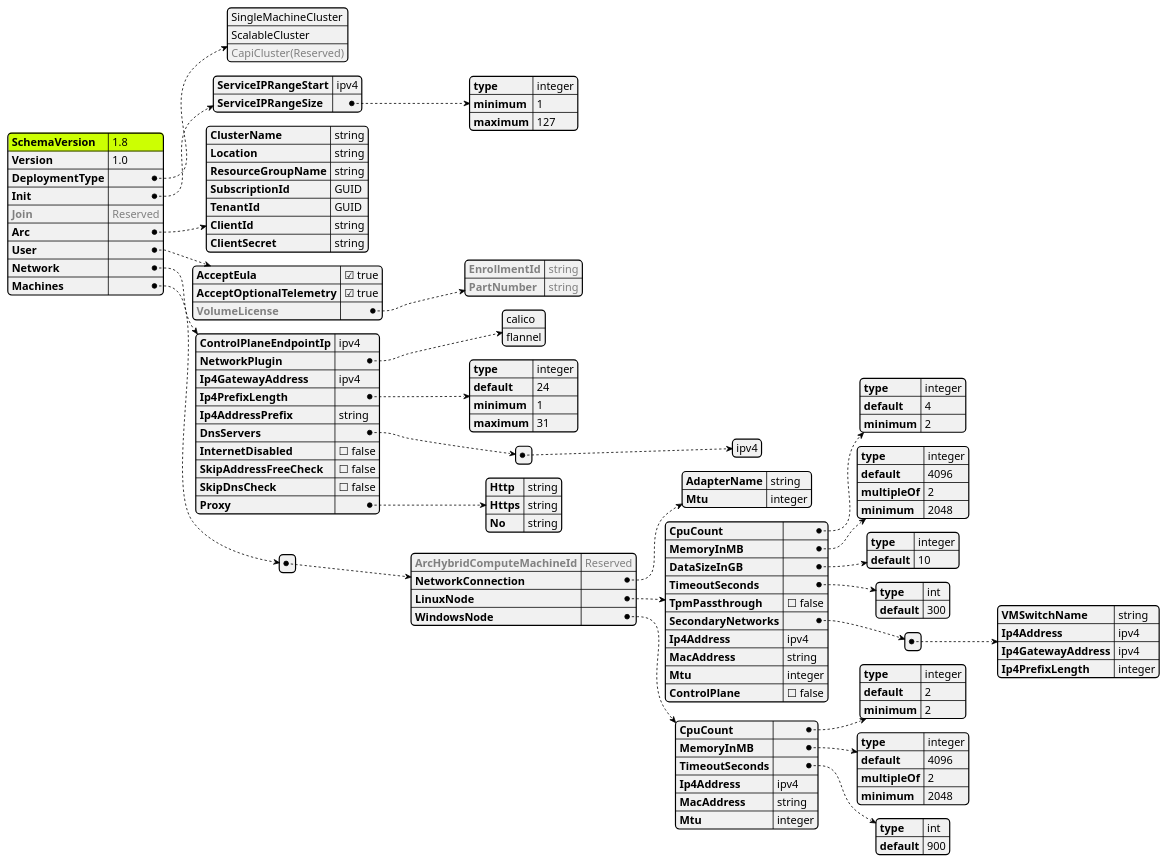
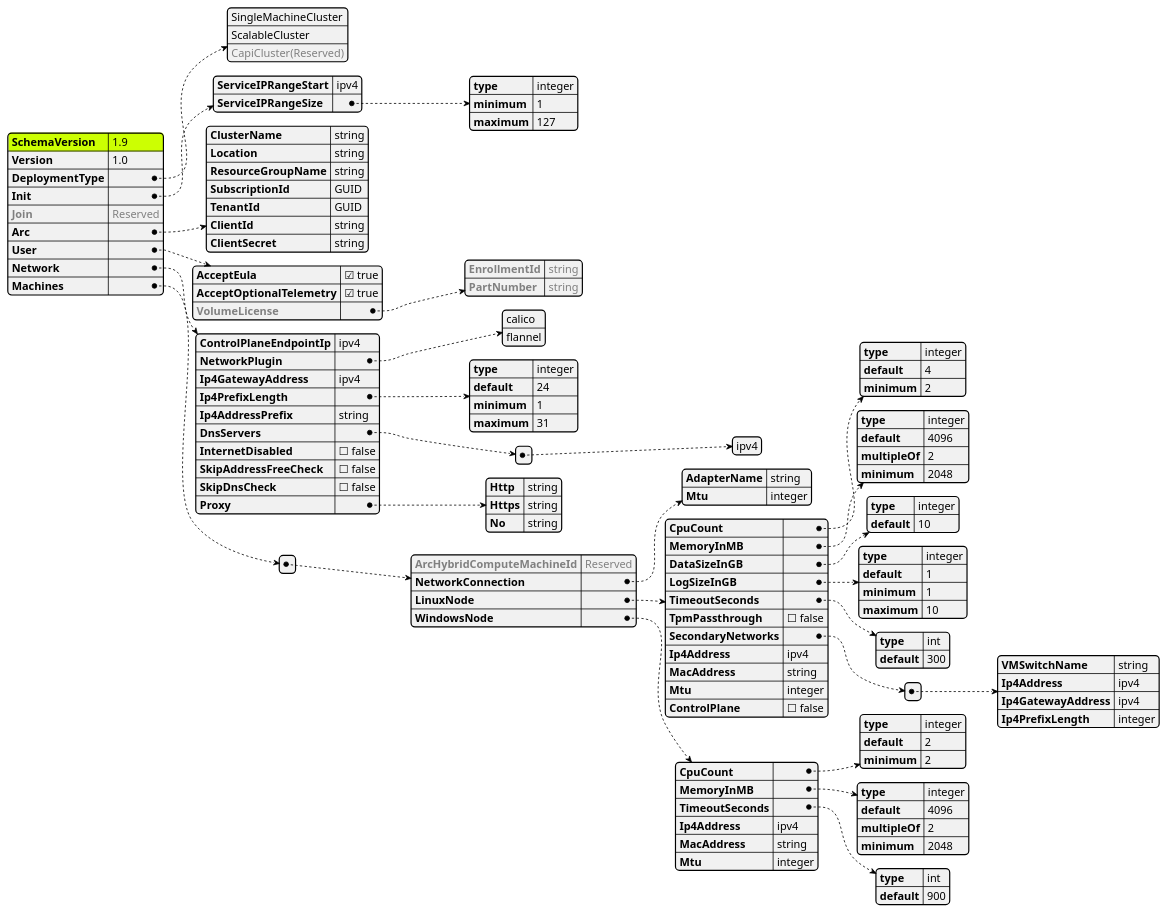
Before and after one commit to Azure/AKS-Edge: the diagram in tools/modules/AksEdgeDeploy/aksedge-dc.puml, drawn with PlantUML. The commit also changed 6 other files, not shown here.

First line of the commit message:
Updated the json schema version to 1.9 (#144)

```diff
--- a/tools/modules/AksEdgeDeploy/aksedge-dc.puml
+++ b/tools/modules/AksEdgeDeploy/aksedge-dc.puml
@@ -1,143 +1,149 @@
 @startjson AksEdgeSchema
 <style>
 jsonDiagram {
     node {
         FontSize 14
         RoundCorner 10
         LineThickness 0.5
         separator {
             LineThickness 0.25
         }
     }
     arrow {
         LineThickness 0.5
         LineStyle 2;6
     }
     highlight {
         BackgroundColor black
         FontColor White
     }
 }
 </style>
 #highlight "SchemaVersion"
 {
-    "SchemaVersion": "1.8",
+    "SchemaVersion": "1.9",
     "Version": "1.0",
     "DeploymentType": [
             "SingleMachineCluster",
             "ScalableCluster",
             "<color:gray>CapiCluster(Reserved)"
     ],
     "Init": {
         "ServiceIPRangeStart": "ipv4",
         "ServiceIPRangeSize": {
             "type": "integer",
             "minimum" : 1,
             "maximum" : 127
         }
     },
     "<color:gray>Join":"<color:gray>Reserved",
     "Arc": {
         "ClusterName": "string",
         "Location": "string",
         "ResourceGroupName": "string",
         "SubscriptionId": "GUID",
         "TenantId": "GUID",
         "ClientId": "string",
         "ClientSecret": "string"
     },
     "User": {
         "AcceptEula": true,
         "AcceptOptionalTelemetry": true,
         "<color:gray>VolumeLicense":{
             "<color:gray>EnrollmentId":"<color:gray>string",
             "<color:gray>PartNumber":"<color:gray>string"
         }
     },
     "Network": {
         "ControlPlaneEndpointIp": "ipv4",
         "NetworkPlugin": [
                 "calico",
                 "flannel"
         ],
         "Ip4GatewayAddress": "ipv4",
         "Ip4PrefixLength": {
             "type": "integer",
             "default": 24,
             "minimum": 1,
             "maximum": 31
         },
         "Ip4AddressPrefix":"string",
         "DnsServers": [["ipv4"]],
         "InternetDisabled": false,
         "SkipAddressFreeCheck":false,
         "SkipDnsCheck":false,
         "Proxy": {
             "Http":"string",
             "Https":"string",
             "No":"string"
         }
     },
     "Machines":[{
         "<color:gray>ArcHybridComputeMachineId":"<color:gray>Reserved",
         "NetworkConnection":{
             "AdapterName":"string",
             "Mtu":"integer"
         },
         "LinuxNode":{
             "CpuCount": {
                 "type": "integer",
                 "default": 4,
                 "minimum": 2
             },
             "MemoryInMB": {
                 "type": "integer",
                 "default": 4096,
                 "multipleOf": 2,
                 "minimum": 2048
             },
             "DataSizeInGB": {
                 "type": "integer",
                 "default": 10
             },
+            "LogSizeInGB": {
+                "type": "integer",
+                "default": 1,
+                "minimum" : 1,
+                "maximum" : 10
+            },
             "TimeoutSeconds": {
                 "type": "int",
                 "default": 300
             },
             "TpmPassthrough": false,
             "SecondaryNetworks": [
                 {
                     "VMSwitchName" : "string",
                     "Ip4Address": "ipv4",
                     "Ip4GatewayAddress": "ipv4",
                     "Ip4PrefixLength": "integer"
                 }
             ],
             "Ip4Address": "ipv4",
             "MacAddress": "string",
             "Mtu": "integer",
             "ControlPlane" : false
         },
         "WindowsNode":{
             "CpuCount": {
                 "type": "integer",
                 "default": 2,
                 "minimum": 2
             },
             "MemoryInMB": {
                 "type": "integer",
                 "default": 4096,
                 "multipleOf": 2,
                 "minimum": 2048
             },
             "TimeoutSeconds": {
                 "type": "int",
                 "default": 900
             },
             "Ip4Address": "ipv4",
             "MacAddress": "string",
             "Mtu": "integer"
         }
     }]
 }
 @endjson
```
